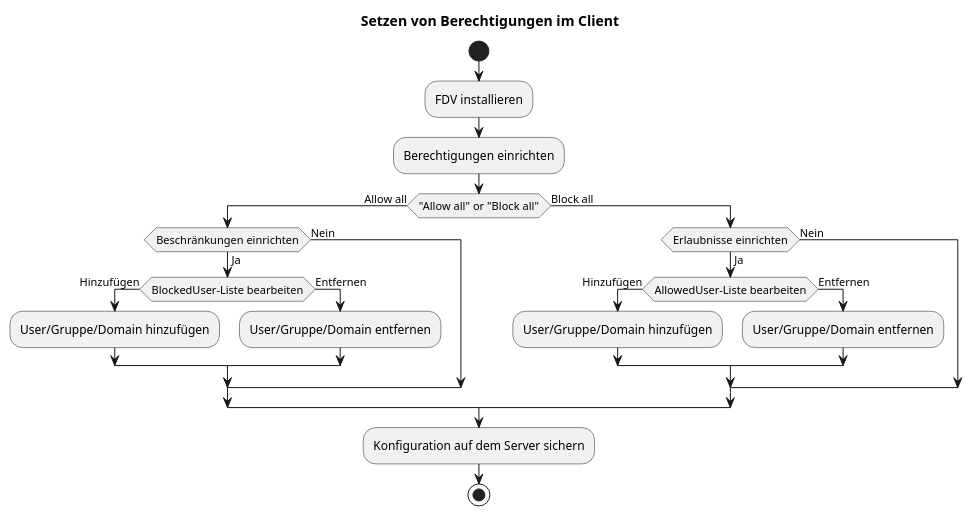
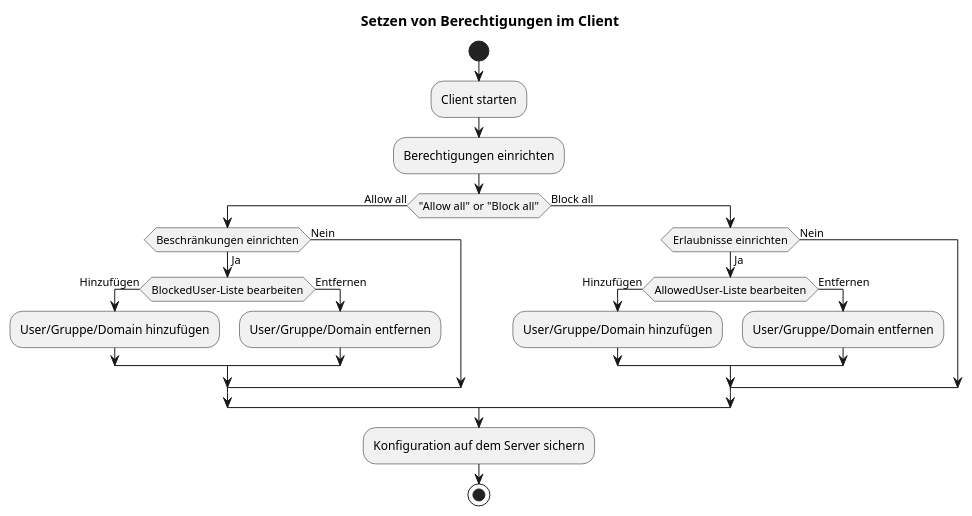
One commit to gematik/api-ti-messenger changed the diagram in src/plantuml/TI-Messenger-Client/Berechtigungen_setzen.puml. Above: the diagram before and after it, drawn with PlantUML.

Commit message:
replaced FDV with generic Client

```diff
--- a/src/plantuml/TI-Messenger-Client/Berechtigungen_setzen.puml
+++ b/src/plantuml/TI-Messenger-Client/Berechtigungen_setzen.puml
@@ -1,30 +1,30 @@
 @startuml
 title Setzen von Berechtigungen im Client
 skinparam ConditionEndStyle hline
 start
-:FDV installieren;
+:Client starten;
 :Berechtigungen einrichten;
 
 if ("Allow all" or "Block all") then (Allow all)
   if(Beschränkungen einrichten) then (Ja)
     if(BlockedUser-Liste bearbeiten) then (Hinzufügen)
     :User/Gruppe/Domain hinzufügen;
     else (Entfernen)
     :User/Gruppe/Domain entfernen;
     endif
   else(Nein)
   endif
 else (Block all)
   if(Erlaubnisse einrichten) then (Ja)
     if(AllowedUser-Liste bearbeiten) then (Hinzufügen)
     :User/Gruppe/Domain hinzufügen;
     else (Entfernen)
     :User/Gruppe/Domain entfernen;
     endif
   else(Nein)
   endif
 endif
 :Konfiguration auf dem Server sichern;
 stop
 
 @enduml
```
